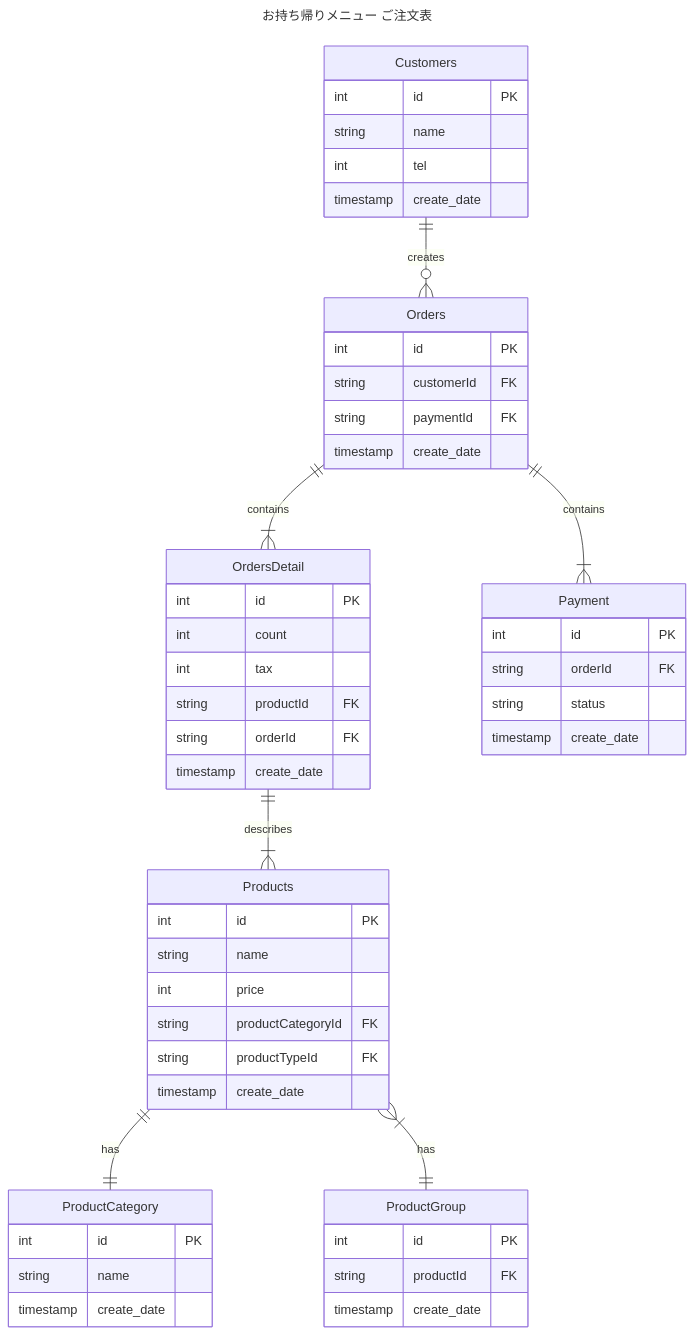
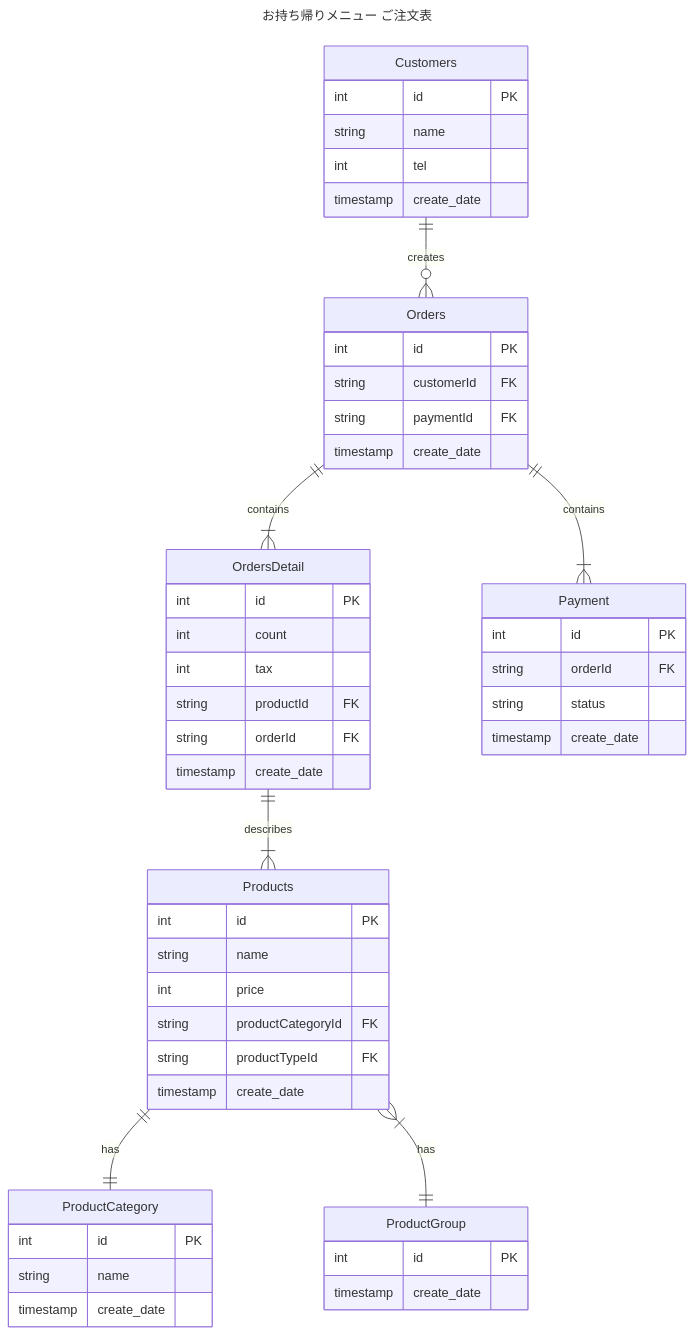
Before and after one commit to ttakuma17/til: the second of 2 diagrams in db/modeling/1/1-1.md, drawn with Mermaid. The commit also changed other lines of this file, not shown here.

````diff
--- a/db/modeling/1/1-1.md
+++ b/db/modeling/1/1-1.md
@@ -77,56 +74,55 @@
 ```mermaid
 ---
 title: お持ち帰りメニュー ご注文表
 ---
 erDiagram
     Customers ||--o{ Orders : creates
     Customers {
 		int id PK
         string name
         int tel
         timestamp create_date
     }
     Orders ||--|{ OrdersDetail : contains
 	  Orders {
 	    int id PK
         string customerId FK
         string paymentId FK
         timestamp create_date
     }
     Orders ||--|{ Payment : contains
     Payment {
         int id PK
         string orderId FK
         string status
         timestamp create_date
     }
     OrdersDetail ||--|{ Products : describes
     OrdersDetail {
         int id PK
         int count
         int tax
         string productId FK
         string orderId FK
         timestamp create_date
     }
     Products ||--|| ProductCategory : has
     Products {
         int id PK
         string name
         int price
         string productCategoryId FK
         string productTypeId FK
         timestamp create_date
     }
     Products }|--|| ProductGroup : has
     ProductGroup {
         int id PK
-        string productId FK
         timestamp create_date
    }
     ProductCategory {
         int id PK
         string name
         timestamp create_date
     }
 ```
````
